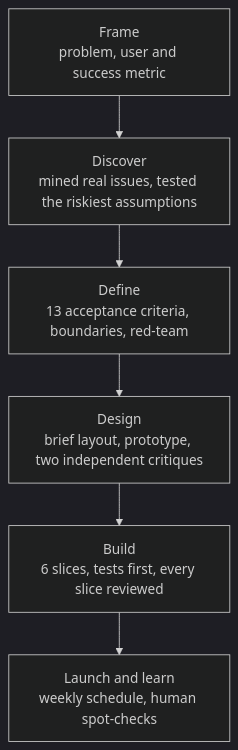
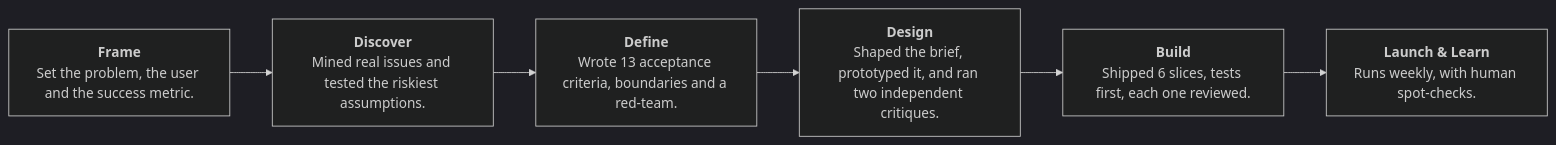
The second of 2 diagrams in README.md (BishopSlice/adk-voc), drawn with Mermaid (dark theme) before and after one commit. The commit also changed other lines of this file, not shown here.

Commit message:
README: horizontal diagrams with titled steps; link to PM Factory

````diff
--- a/README.md
+++ b/README.md
@@ -46,8 +55,14 @@
 ```mermaid
-flowchart TD
-  F["Frame<br/>problem, user and success metric"] --> D["Discover<br/>mined real issues, tested the riskiest assumptions"]
-  D --> S["Define<br/>13 acceptance criteria, boundaries, red-team"]
-  S --> G["Design<br/>brief layout, prototype, two independent critiques"]
-  G --> B["Build<br/>6 slices, tests first, every slice reviewed"]
-  B --> L["Launch and learn<br/>weekly schedule, human spot-checks"]
+flowchart LR
+  F["`**Frame**
+  Set the problem, the user and the success metric.`"] --> D["`**Discover**
+  Mined real issues and tested the riskiest assumptions.`"]
+  D --> S["`**Define**
+  Wrote 13 acceptance criteria, boundaries and a red-team.`"]
+  S --> G["`**Design**
+  Shaped the brief, prototyped it, and ran two independent critiques.`"]
+  G --> B["`**Build**
+  Shipped 6 slices, tests first, each one reviewed.`"]
+  B --> L["`**Launch & Learn**
+  Runs weekly, with human spot-checks.`"]
 ```
````
